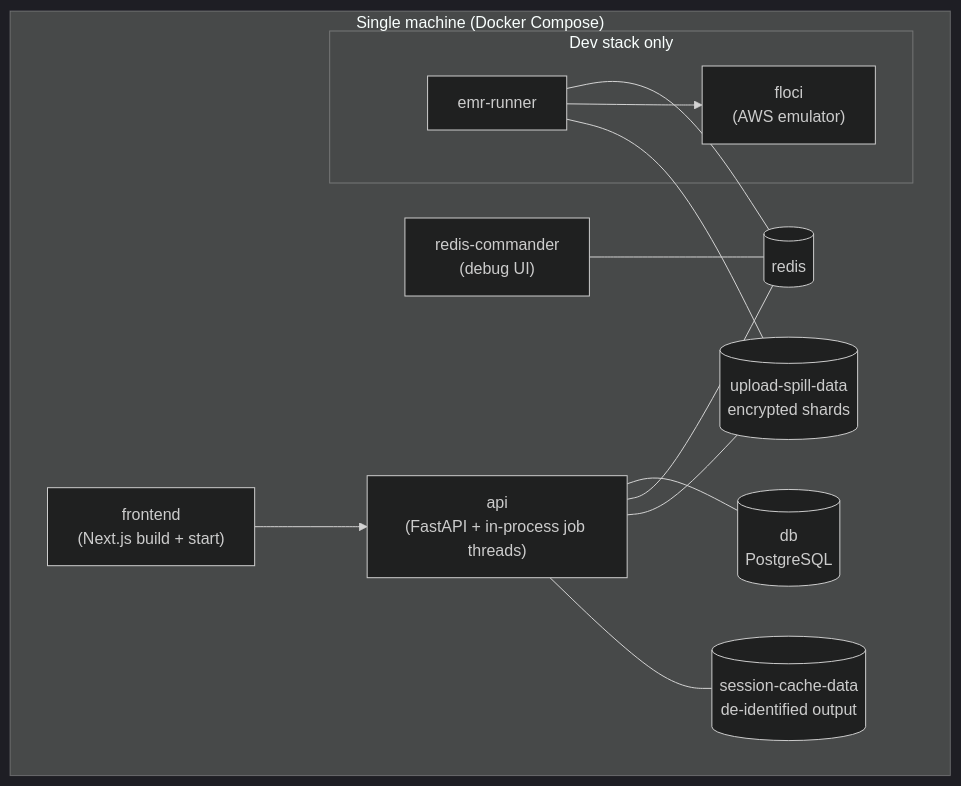
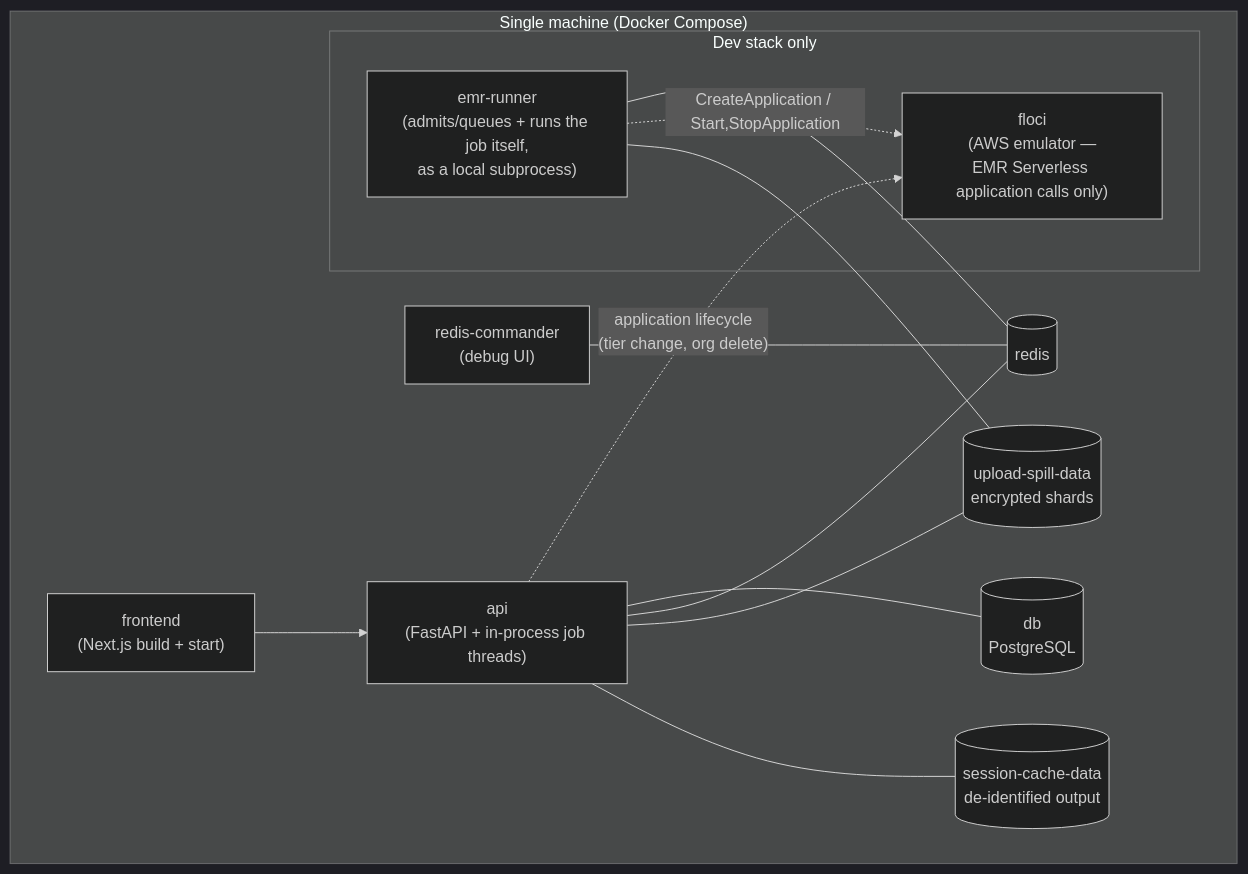
Before and after one commit to DataShield-sp18/data-shield-docs: the first of 2 diagrams in docs/architecture/deployment.md, drawn with Mermaid (dark theme). The commit also changed other lines of this file and 6 other files, not shown here.

First line of the commit message:
docs(emr): rewrite big-job lane for EMR Serverless

````diff
--- a/docs/architecture/deployment.md
+++ b/docs/architecture/deployment.md
@@ -12,25 +12,26 @@
 ```mermaid
 flowchart TB
     subgraph HOST["Single machine (Docker Compose)"]
         FE["frontend<br/>(Next.js build + start)"]
         API["api<br/>(FastAPI + in-process job threads)"]
         PG[("db<br/>PostgreSQL")]
         RD[("redis")]
         RC["redis-commander<br/>(debug UI)"]
         VOL1[("upload-spill-data<br/>encrypted shards")]
         VOL2[("session-cache-data<br/>de-identified output")]
         subgraph DEV["Dev stack only"]
-            RUN["emr-runner"]
-            FL["floci<br/>(AWS emulator)"]
+            RUN["emr-runner<br/>(admits/queues + runs the job itself,<br/>as a local subprocess)"]
+            FL["floci<br/>(AWS emulator —<br/>EMR Serverless application calls only)"]
         end
     end
     FE --> API
     API --- PG
     API --- RD
     API --- VOL1
     API --- VOL2
+    API -. "application lifecycle<br/>(tier change, org delete)" .-> FL
     RC --- RD
     RUN --- RD
-    RUN --> FL
+    RUN -. "CreateApplication / Start,StopApplication" .-> FL
     RUN --- VOL1
 ```
````
